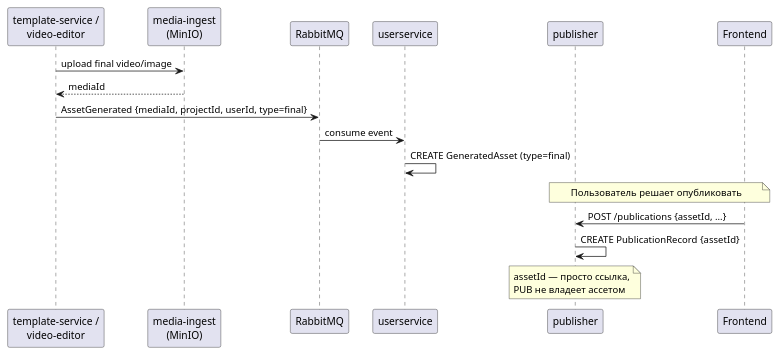
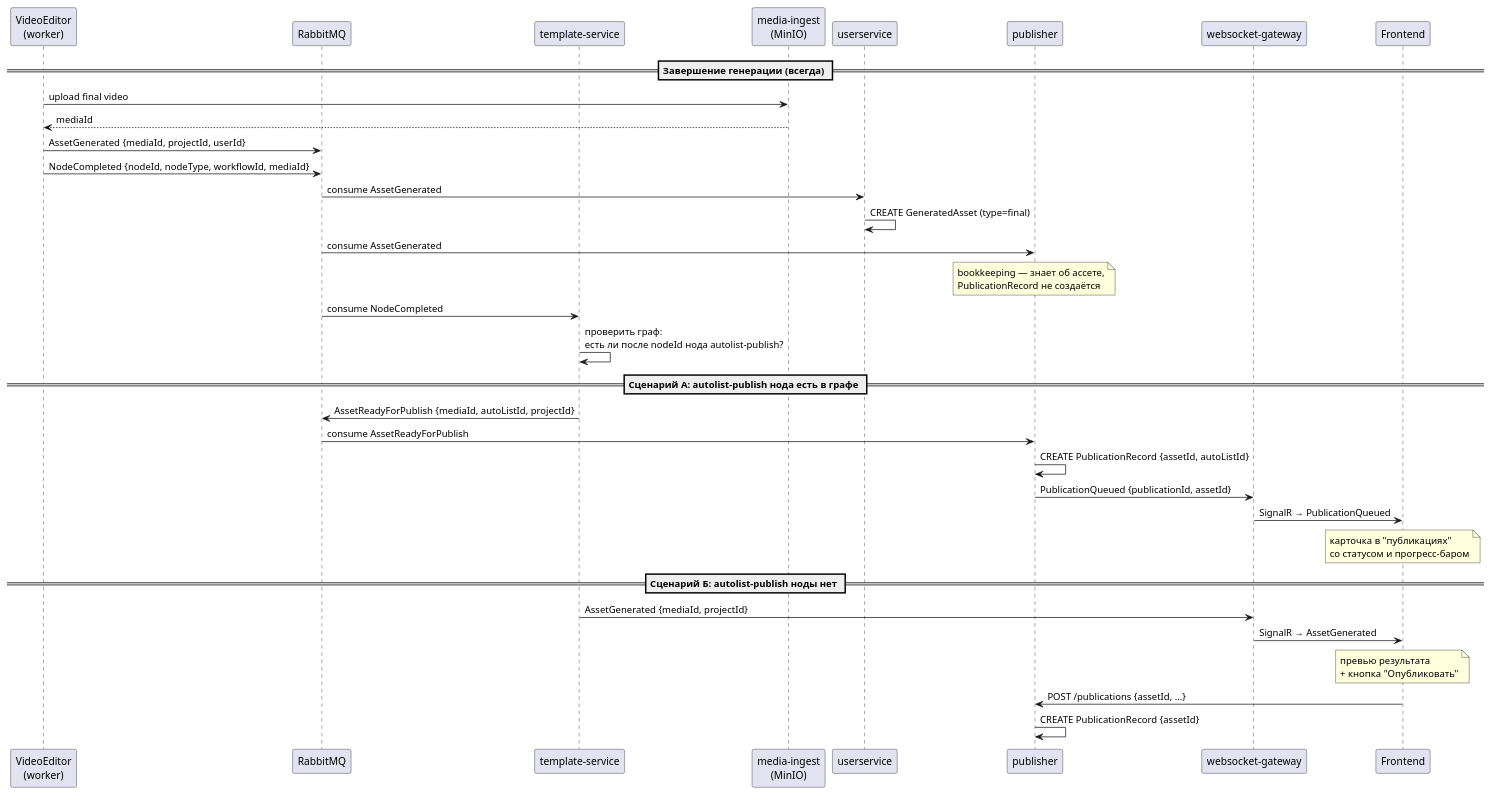
Before and after one commit to AKisliy/Amplify: the diagram in assets/adr/final-asset-saving.puml, drawn with PlantUML. The commit also changed 16 other files, not shown here.

Commit message:
Add nodes fetching from template-service

```diff
--- a/assets/adr/final-asset-saving.puml
+++ b/assets/adr/final-asset-saving.puml
@@ -1,22 +1,47 @@
-@startuml Final Asset Saving
+@startuml Final Asset Saving & Publication
 
-participant "template-service /\nvideo-editor" as GEN
+participant "VideoEditor\n(worker)" as VE
+participant "RabbitMQ" as RMQ
+participant "template-service" as TS
 participant "media-ingest\n(MinIO)" as MI
-participant "RabbitMQ" as RMQ
 participant "userservice" as US
 participant "publisher" as PUB
+participant "websocket-gateway" as WS
 participant "Frontend" as FE
 
-GEN -> MI: upload final video/image
-MI --> GEN: mediaId
+== Завершение генерации (всегда) ==
 
-GEN -> RMQ: AssetGenerated {mediaId, projectId, userId, type=final}
-RMQ -> US: consume event
+VE -> MI: upload final video
+MI --> VE: mediaId
+
+VE -> RMQ: AssetGenerated {mediaId, projectId, userId}
+VE -> RMQ: NodeCompleted {nodeId, nodeType, workflowId, mediaId}
+
+RMQ -> US: consume AssetGenerated
 US -> US: CREATE GeneratedAsset (type=final)
 
-note over FE,PUB: Пользователь решает опубликовать
+RMQ -> PUB: consume AssetGenerated
+note over PUB: bookkeeping — знает об ассете,\nPublicationRecord не создаётся
+
+RMQ -> TS: consume NodeCompleted
+TS -> TS: проверить граф:\nесть ли после nodeId нода autolist-publish?
+
+== Сценарий A: autolist-publish нода есть в графе ==
+
+TS -> RMQ: AssetReadyForPublish {mediaId, autoListId, projectId}
+RMQ -> PUB: consume AssetReadyForPublish
+PUB -> PUB: CREATE PublicationRecord {assetId, autoListId}
+PUB -> WS: PublicationQueued {publicationId, assetId}
+WS -> FE: SignalR → PublicationQueued
+note over FE: карточка в "публикациях"\nсо статусом и прогресс-баром
+
+== Сценарий Б: autolist-publish ноды нет ==
+
+TS -> WS: AssetGenerated {mediaId, projectId}
+WS -> FE: SignalR → AssetGenerated
+note over FE: превью результата\n+ кнопка "Опубликовать"
+
 FE -> PUB: POST /publications {assetId, ...}
 PUB -> PUB: CREATE PublicationRecord {assetId}
-note over PUB: assetId — просто ссылка,\nPUB не владеет ассетом
 
 @enduml
```
